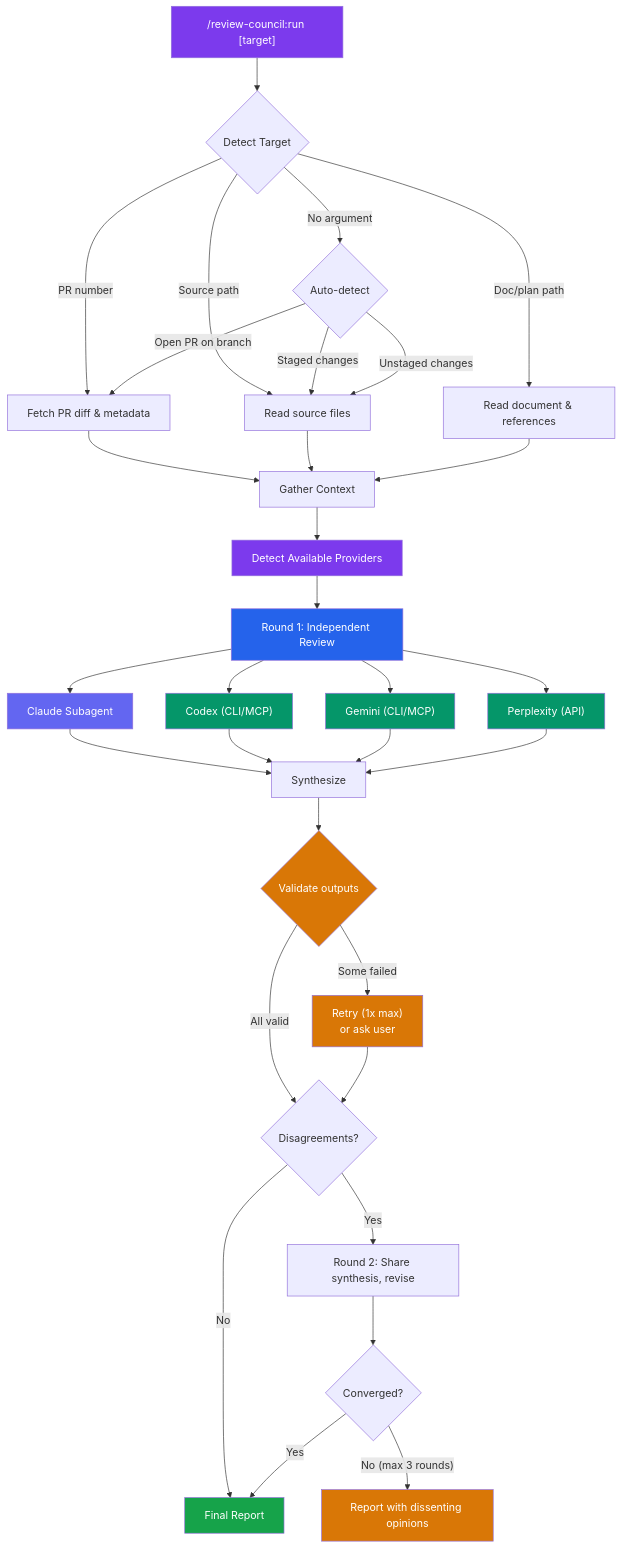
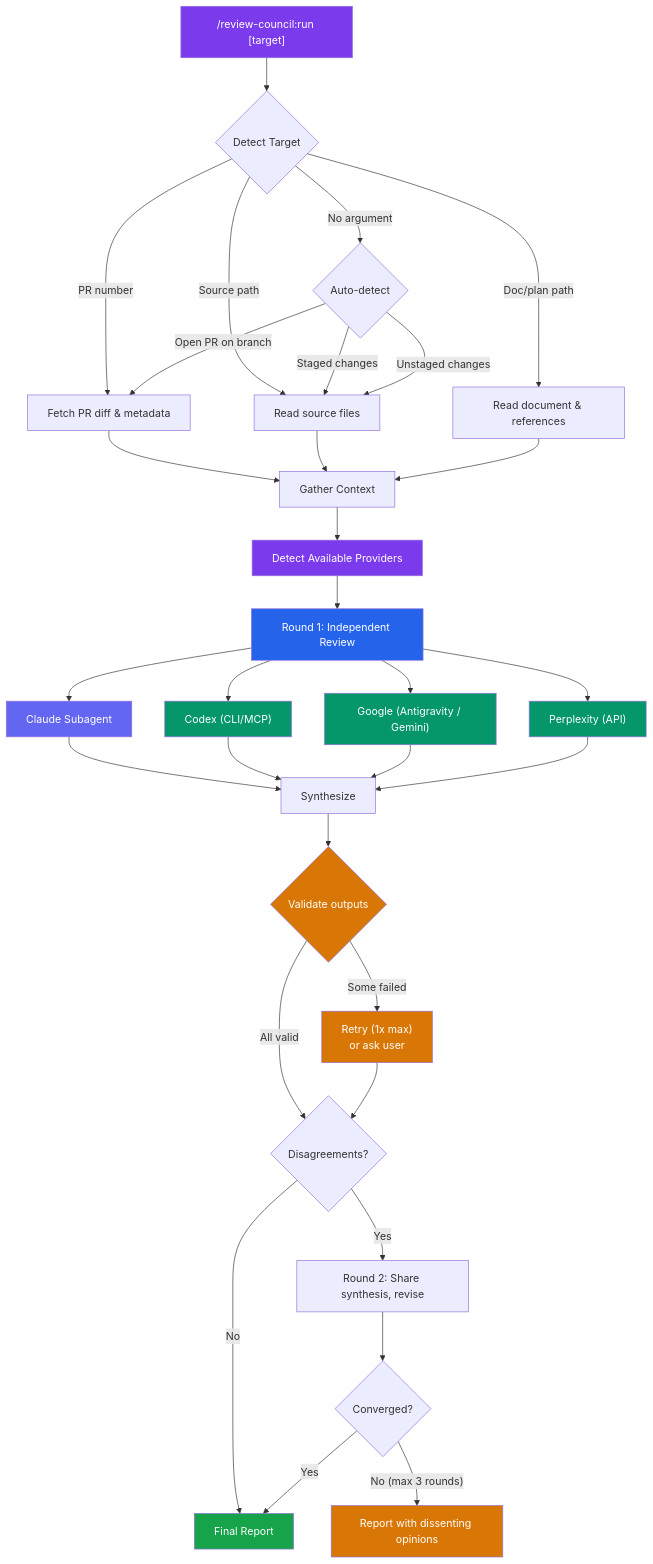
The first of 5 diagrams in README.md (deployhq/review-council), drawn with Mermaid before and after one commit. The commit also changed other lines of this file and 7 other files, not shown here.

````diff
--- a/README.md
+++ b/README.md
@@ -34,51 +34,51 @@
 ```mermaid
 flowchart TD
     A["/review-council:run [target]"] --> B{Detect Target}
     B -->|PR number| C["Fetch PR diff & metadata"]
     B -->|Source path| D["Read source files"]
     B -->|Doc/plan path| E["Read document & references"]
     B -->|No argument| F{Auto-detect}
     F -->|Open PR on branch| C
     F -->|Staged changes| D
     F -->|Unstaged changes| D
 
     C --> G["Gather Context"]
     D --> G
     E --> G
 
     G --> H0["Detect Available Providers"]
     H0 --> H["Round 1: Independent Review"]
 
     H --> I["Claude Subagent"]
     H --> J["Codex (CLI/MCP)"]
-    H --> J2["Gemini (CLI/MCP)"]
+    H --> J2["Google (Antigravity / Gemini)"]
     H --> J3["Perplexity (API)"]
 
     I --> K["Synthesize"]
     J --> K
     J2 --> K
     J3 --> K
 
     K --> K2{Validate outputs}
     K2 -->|"All valid"| L{Disagreements?}
     K2 -->|"Some failed"| K3["Retry (1x max)<br/>or ask user"]
     K3 --> L
     L -->|"Yes"| M["Round 2: Share synthesis, revise"]
     L -->|"No"| N["Final Report"]
 
     M --> O{Converged?}
     O -->|"Yes"| N
     O -->|"No (max 3 rounds)"| P["Report with dissenting opinions"]
 
     style A fill:#7c3aed,color:#fff
     style H0 fill:#7c3aed,color:#fff
     style H fill:#2563eb,color:#fff
     style I fill:#6366f1,color:#fff
     style J fill:#059669,color:#fff
     style J2 fill:#059669,color:#fff
     style J3 fill:#059669,color:#fff
     style N fill:#16a34a,color:#fff
     style P fill:#d97706,color:#fff
     style K2 fill:#d97706,color:#fff
     style K3 fill:#d97706,color:#fff
 ```
````
